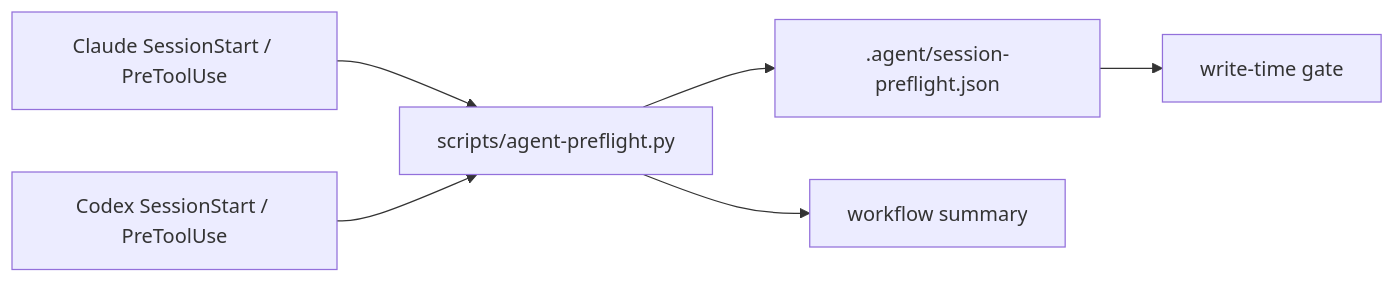
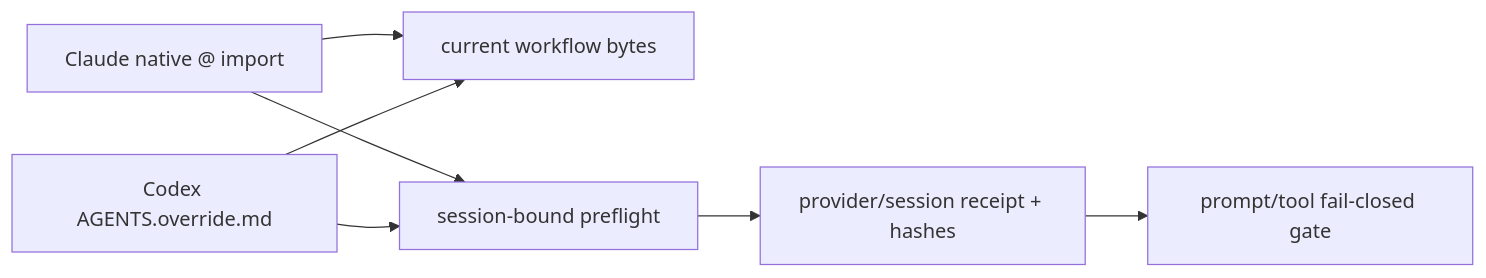
Before and after one commit to krukmat/dubbridge: the first of 2 diagrams in docs/plan/agent-session-preflight-gate.md, drawn with Mermaid. The commit also changed other lines of this file and 1 other file, not shown here.

First line of the commit message:
docs(agent-session-preflight-gate): reopen hardening

````diff
--- a/docs/plan/agent-session-preflight-gate.md
+++ b/docs/plan/agent-session-preflight-gate.md
@@ -60,8 +95,9 @@
 ```mermaid
 flowchart LR
-    C["Claude SessionStart / PreToolUse"] --> P["scripts/agent-preflight.py"]
-    X["Codex SessionStart / PreToolUse"] --> P
-    P --> S[".agent/session-preflight.json"]
-    P --> W["workflow summary"]
-    S --> G["write-time gate"]
+    C["Claude native @ import"] --> W["current workflow bytes"]
+    X["Codex AGENTS.override.md"] --> W
+    C --> P["session-bound preflight"]
+    X --> P
+    P --> S["provider/session receipt + hashes"]
+    S --> G["prompt/tool fail-closed gate"]
 ```
````
